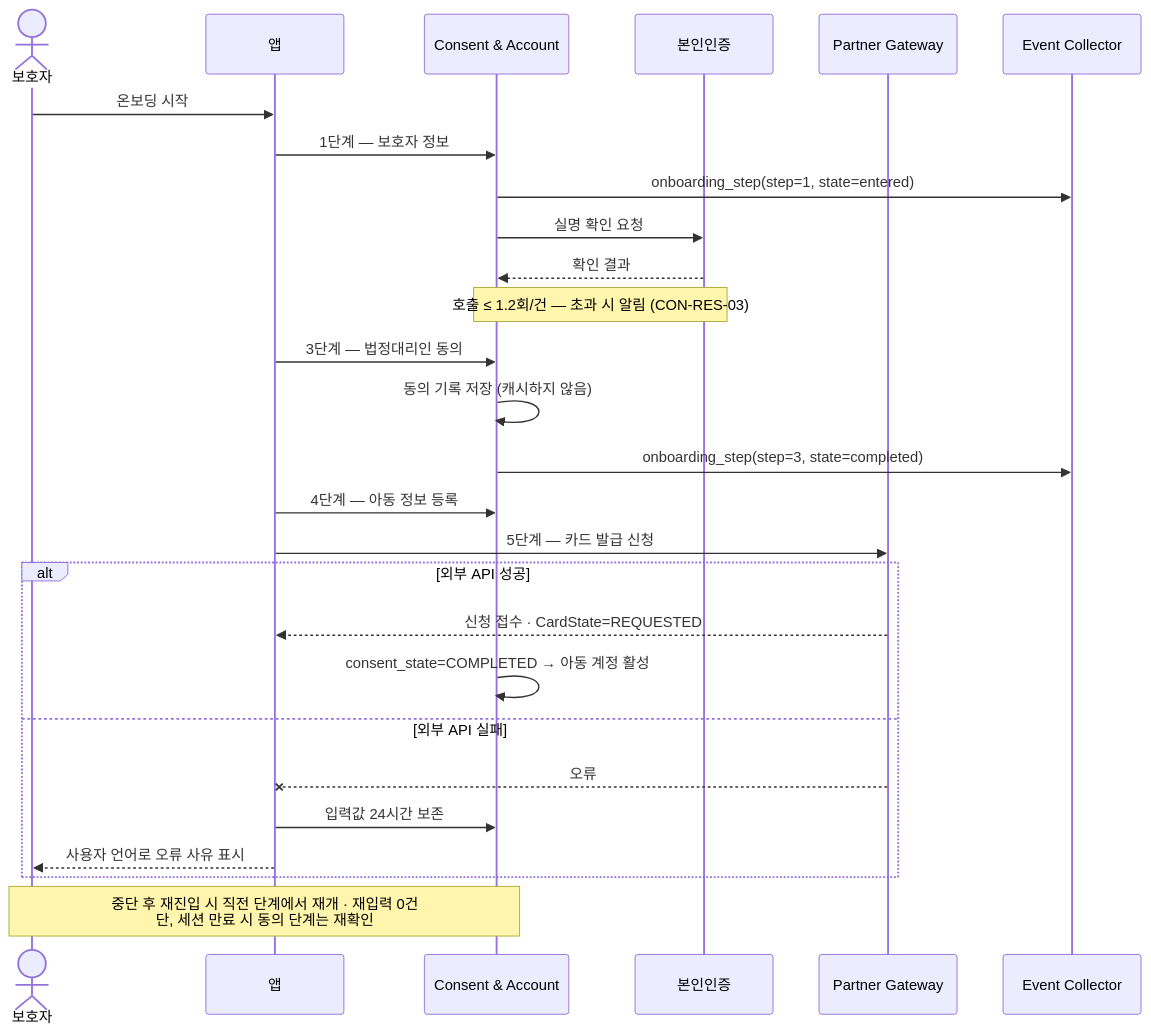
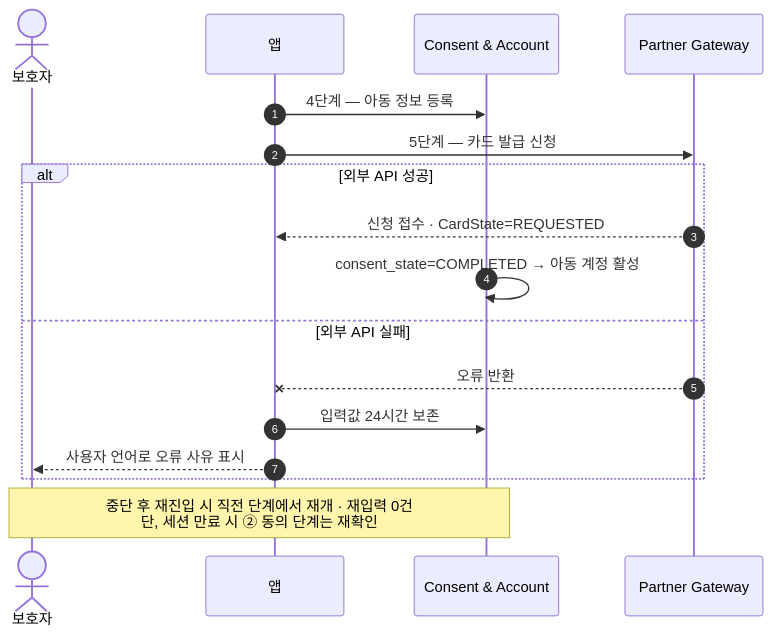
Diagram 15 of 51 in DESIGN_finfriends-v1_0.md (new-rim/finfriends-prd-to-srs), drawn with Mermaid before and after one commit. The commit also changed other lines of this file and 1 other file, not shown here.

````diff
--- a/DESIGN_finfriends-v1_0.md
+++ b/DESIGN_finfriends-v1_0.md
@@ -1099,34 +1177,22 @@
 ```mermaid
 sequenceDiagram
+    autonumber
     actor G as 보호자
     participant APP as 앱
     participant CA as Consent & Account
-    participant IDV as 본인인증
     participant PG as Partner Gateway
-    participant EC as Event Collector
-
-    G->>APP: 온보딩 시작
-    APP->>CA: 1단계 — 보호자 정보
-    CA->>EC: onboarding_step(step=1, state=entered)
-    CA->>IDV: 실명 확인 요청
-    IDV-->>CA: 확인 결과
-    Note over CA,IDV: 호출 ≤ 1.2회/건 — 초과 시 알림 (CON-RES-03)
-
-    APP->>CA: 3단계 — 법정대리인 동의
-    CA->>CA: 동의 기록 저장 (캐시하지 않음)
-    CA->>EC: onboarding_step(step=3, state=completed)
 
     APP->>CA: 4단계 — 아동 정보 등록
     APP->>PG: 5단계 — 카드 발급 신청
 
     alt 외부 API 성공
         PG-->>APP: 신청 접수 · CardState=REQUESTED
         CA->>CA: consent_state=COMPLETED → 아동 계정 활성
     else 외부 API 실패
-        PG--xAPP: 오류
+        PG--xAPP: 오류 반환
         APP->>CA: 입력값 24시간 보존
         APP-->>G: 사용자 언어로 오류 사유 표시
     end
 
-    Note over G,CA: 중단 후 재진입 시 직전 단계에서 재개 · 재입력 0건<br/>단, 세션 만료 시 동의 단계는 재확인
+    Note over G,CA: 중단 후 재진입 시 직전 단계에서 재개 · 재입력 0건<br/>단, 세션 만료 시 ② 동의 단계는 재확인
 ```
````
